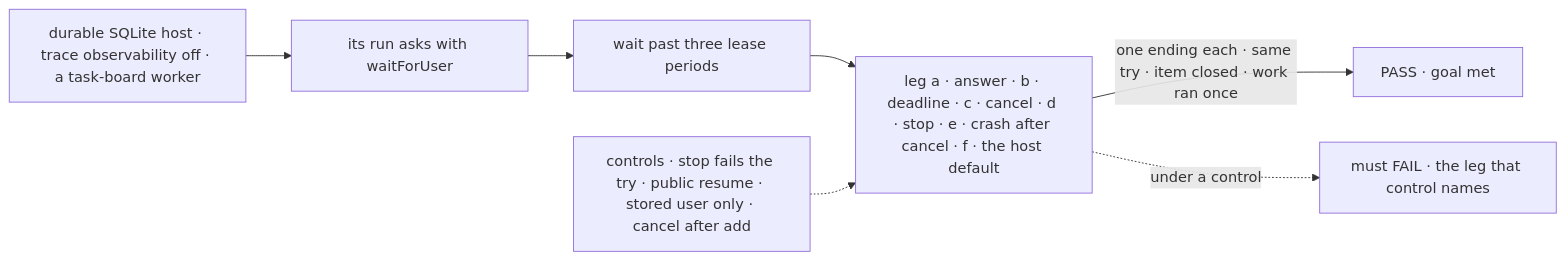
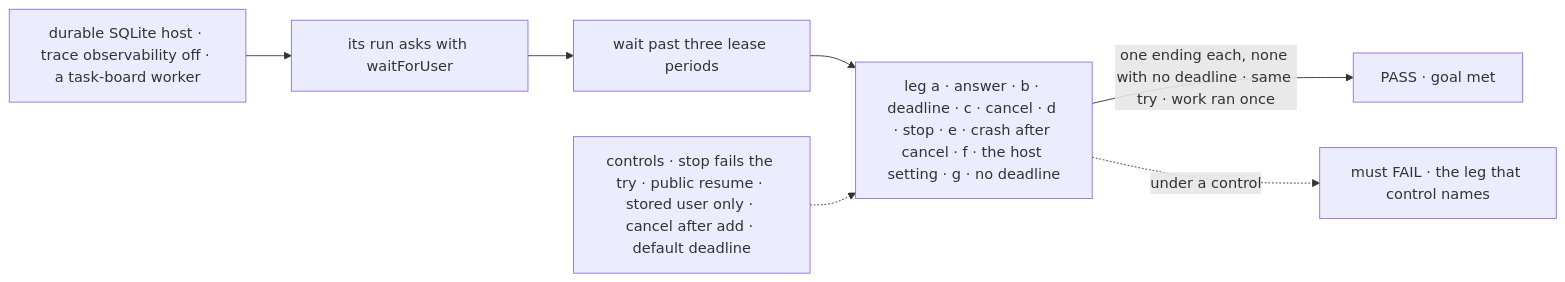
Before and after one commit to fixpoint-labs/flow-state-dev: the first of 2 diagrams in specs/issues/FIX-2129/SPEC.md, drawn with Mermaid. The commit also changed other lines of this file and 21 other files, not shown here.

First line of the commit message:
spec(FIX-2058): no default deadline for a person stop, plus analysis folds (#3833)

````diff
--- a/specs/issues/FIX-2129/SPEC.md
+++ b/specs/issues/FIX-2129/SPEC.md
@@ -35,9 +35,9 @@
 ```mermaid
 flowchart LR
   H["durable SQLite host · trace observability off · a task-board worker"] --> S["its run asks with waitForUser"]
   S --> W["wait past three lease periods"]
-  W --> E["leg a · answer · b · deadline · c · cancel · d · stop · e · crash after cancel · f · the host default"]
-  E -->|"one ending each · same try · item closed · work ran once"| P["PASS · goal met"]
-  C["controls · stop fails the try · public resume · stored user only · cancel after add"] -.-> E
+  W --> E["leg a · answer · b · deadline · c · cancel · d · stop · e · crash after cancel · f · the host setting · g · no deadline"]
+  E -->|"one ending each, none with no deadline · same try · work ran once"| P["PASS · goal met"]
+  C["controls · stop fails the try · public resume · stored user only · cancel after add · default deadline"] -.-> E
   E -.->|"under a control"| F["must FAIL · the leg that control names"]
 ```
````
